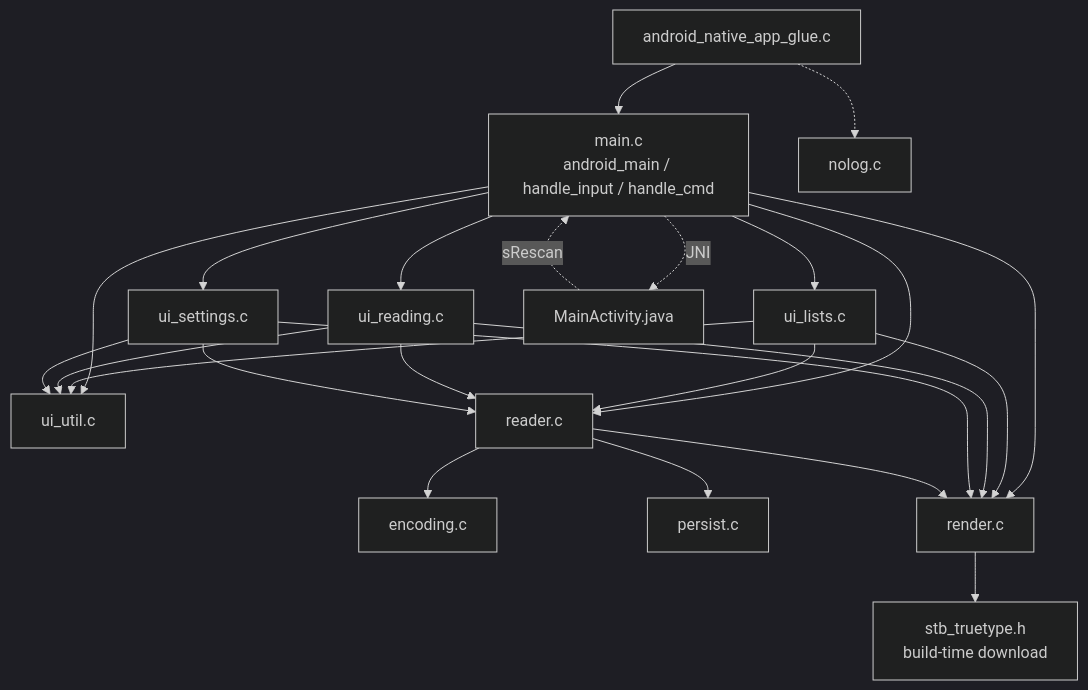
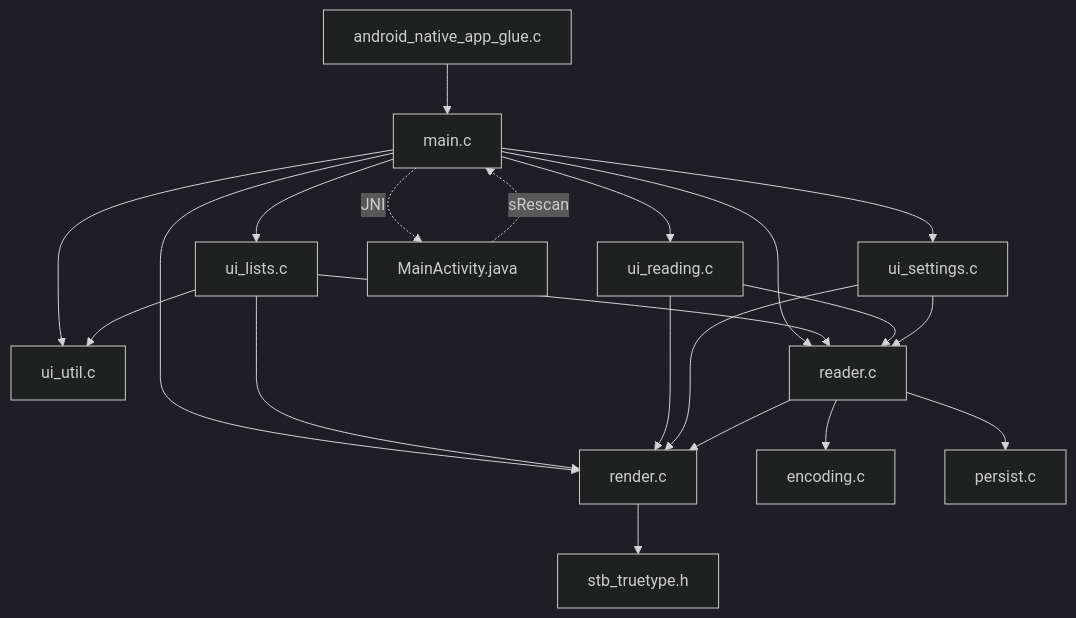
Before and after one commit to lulu00147/pTEXT: the first of 2 diagrams in README.md, drawn with Mermaid (dark theme). The commit also changed other lines of this file and 2 other files, not shown here.

````diff
--- a/README.md
+++ b/README.md
@@ -41,40 +60,23 @@
 ```mermaid
 flowchart TD
-  GLUE["android_native_app_glue.c"]
-  MAIN["main.c<br/>android_main / handle_input / handle_cmd"]
-  UIL["ui_lists.c"]
-  UIR["ui_reading.c"]
-  UIS["ui_settings.c"]
-  UTIL["ui_util.c"]
-  READER["reader.c"]
-  ENC["encoding.c"]
-  PERSIST["persist.c"]
-  RENDER["render.c"]
-  STB["stb_truetype.h<br/>build-time download"]
-  JAVA["MainActivity.java"]
-  NOLOG["nolog.c"]
-
-  GLUE --> MAIN
-  GLUE -.-> NOLOG
-  MAIN --> UIL
-  MAIN --> UIR
-  MAIN --> UIS
-  MAIN --> UTIL
-  MAIN --> READER
-  MAIN --> RENDER
+  GLUE["android_native_app_glue.c"] --> MAIN["main.c"]
+  MAIN --> UIL["ui_lists.c"]
+  MAIN --> UIR["ui_reading.c"]
+  MAIN --> UIS["ui_settings.c"]
+  MAIN --> UTIL["ui_util.c"]
+  MAIN --> READER["reader.c"]
+  MAIN --> RENDER["render.c"]
   UIL --> UTIL
   UIL --> READER
   UIL --> RENDER
   UIR --> READER
   UIR --> RENDER
-  UIR --> UTIL
   UIS --> READER
   UIS --> RENDER
-  UIS --> UTIL
-  READER --> ENC
-  READER --> PERSIST
+  READER --> ENC["encoding.c"]
+  READER --> PERSIST["persist.c"]
   READER --> RENDER
-  RENDER --> STB
-  MAIN -. JNI .-> JAVA
+  RENDER --> STB["stb_truetype.h"]
+  MAIN -. JNI .-> JAVA["MainActivity.java"]
   JAVA -. sRescan .-> MAIN
 ```
````
